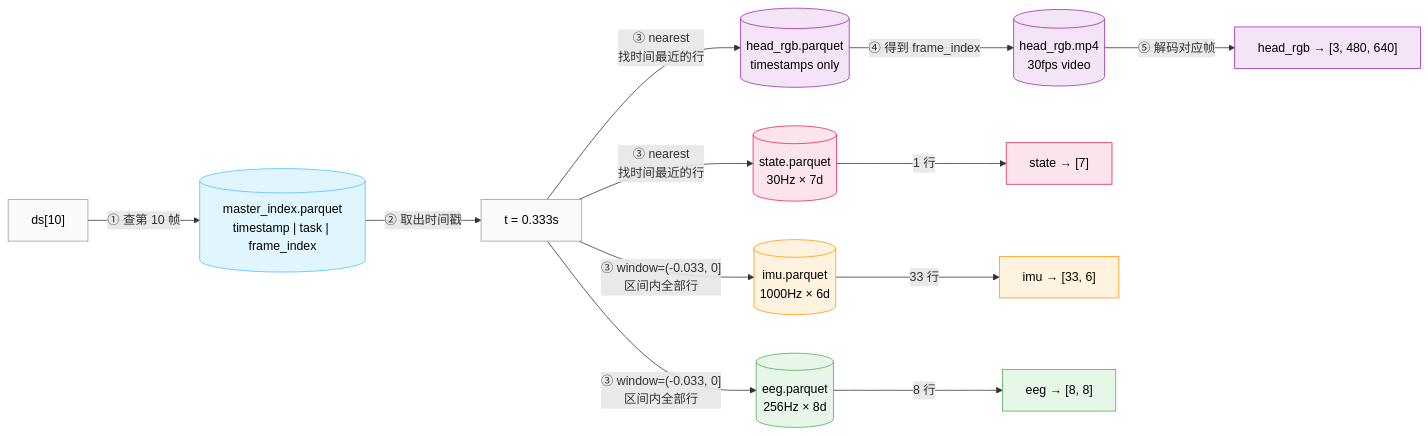
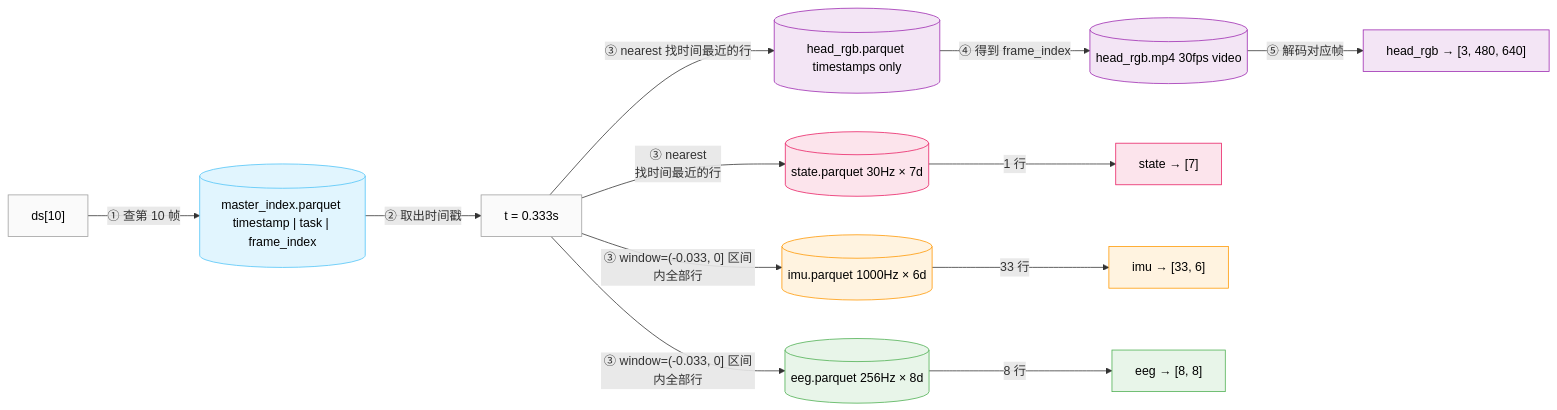
One commit to Koorye/Multi-Frequency-LeRobot changed the second of 6 diagrams in README.md. Above: the diagram before and after it, drawn with Mermaid.

````diff
--- a/README.md
+++ b/README.md
@@ -93,27 +93,27 @@
 ```mermaid
 flowchart LR
-    IDX["ds[10]"] -->|"① 查第 10 帧"| MI[("master_index.parquet<br/>timestamp | task | frame_index")]
+    IDX["ds[10]"] -->|"① 查第 10 帧"| MI[("master_index.parquet timestamp | task | frame_index")]
     MI -->|"② 取出时间戳"| TS["t = 0.333s"]
-    TS -->|"③ nearest<br/>找时间最近的行"| P3[("state.parquet<br/>30Hz × 7d")]
-    TS -->|"③ window=(-0.033, 0]<br/>区间内全部行"| P1[("imu.parquet<br/>1000Hz × 6d")]
-    TS -->|"③ window=(-0.033, 0]<br/>区间内全部行"| P2[("eeg.parquet<br/>256Hz × 8d")]
-    TS -->|"③ nearest<br/>找时间最近的行"| C1[("head_rgb.parquet<br/>timestamps only")]
-    C1 -->|"④ 得到 frame_index"| V1[("head_rgb.mp4<br/>30fps video")]
+    TS -->|"③ nearest<br/>找时间最近的行"| P3[("state.parquet 30Hz × 7d")]
+    TS -->|"③ window=(-0.033, 0] 区间内全部行"| P1[("imu.parquet 1000Hz × 6d")]
+    TS -->|"③ window=(-0.033, 0] 区间内全部行"| P2[("eeg.parquet 256Hz × 8d")]
+    TS -->|"③ nearest 找时间最近的行"| C1[("head_rgb.parquet timestamps only")]
+    C1 -->|"④ 得到 frame_index"| V1[("head_rgb.mp4 30fps video")]
     P3 -->|"1 行"| RS["state → [7]"]
     P1 -->|"33 行"| RI["imu → [33, 6]"]
     P2 -->|"8 行"| RE["eeg → [8, 8]"]
     V1 -->|"⑤ 解码对应帧"| RV["head_rgb → [3, 480, 640]"]
 
     style IDX fill:#fafafa,stroke:#9e9e9e,color:#000
     style MI fill:#e1f5fe,stroke:#4fc3f7,color:#000
     style TS fill:#fafafa,stroke:#9e9e9e,color:#000
     style P3 fill:#fce4ec,stroke:#e91e63,color:#000
     style P1 fill:#fff3e0,stroke:#ff9800,color:#000
     style P2 fill:#e8f5e9,stroke:#4caf50,color:#000
     style C1 fill:#f3e5f5,stroke:#9c27b0,color:#000
     style V1 fill:#f3e5f5,stroke:#9c27b0,color:#000
     style RS fill:#fce4ec,stroke:#e91e63,color:#000
     style RI fill:#fff3e0,stroke:#ff9800,color:#000
     style RE fill:#e8f5e9,stroke:#4caf50,color:#000
     style RV fill:#f3e5f5,stroke:#9c27b0,color:#000
 ```
````
